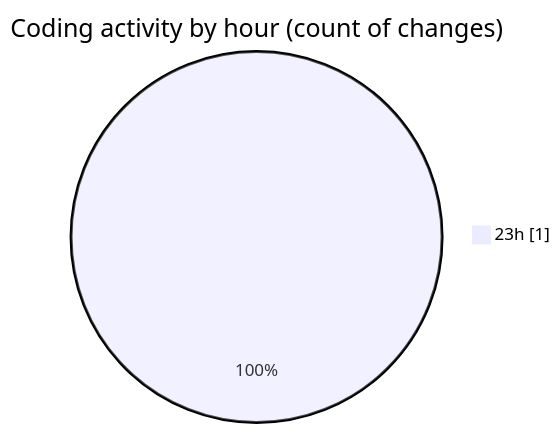
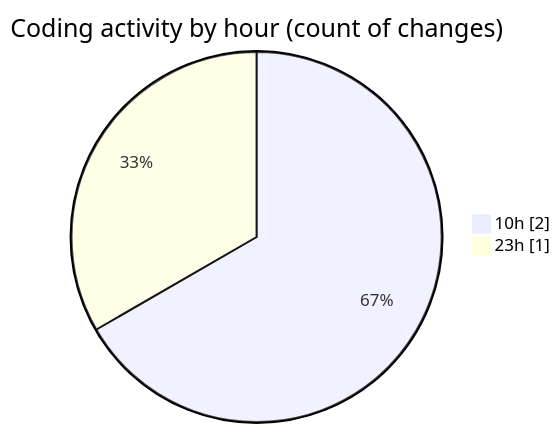
Before and after one commit to Elitesun/code-tracking: the second of 2 diagrams in 2025-05-26/elitesun/README.md, drawn with Mermaid. The commit also changed other lines of this file and 1 other file, not shown here.

````diff
--- a/2025-05-26/elitesun/README.md
+++ b/2025-05-26/elitesun/README.md
@@ -28,5 +30,6 @@
 ```mermaid
 pie showData
 title Coding activity by hour (count of changes)
+"10h" : 2
 "23h" : 1
 ```
````
